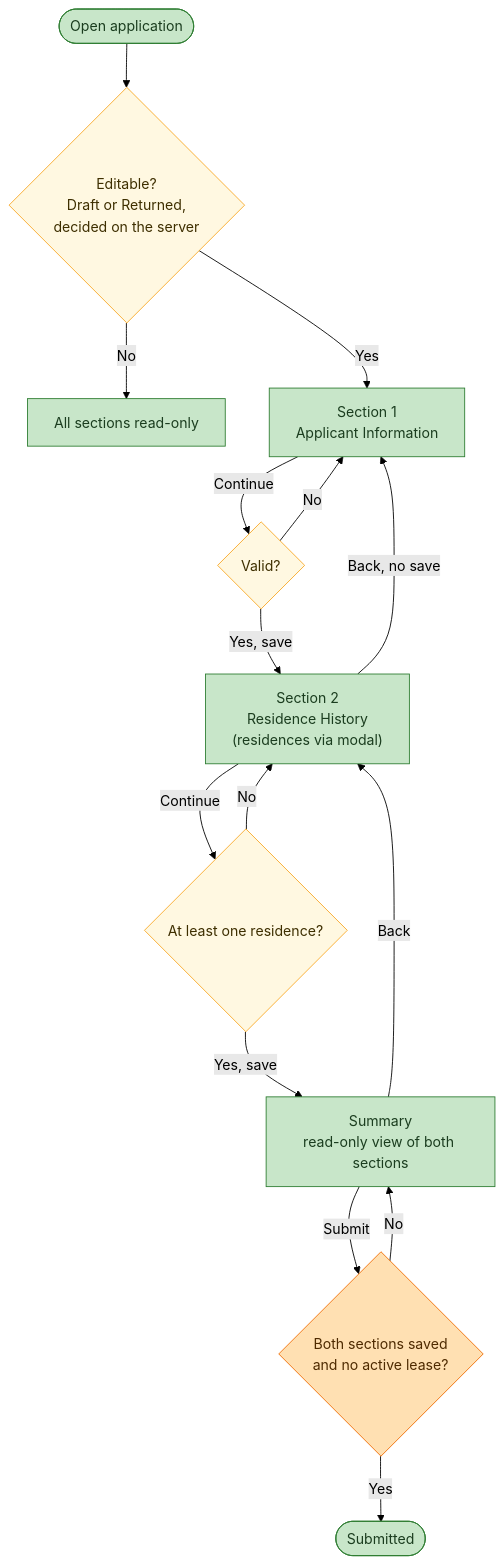
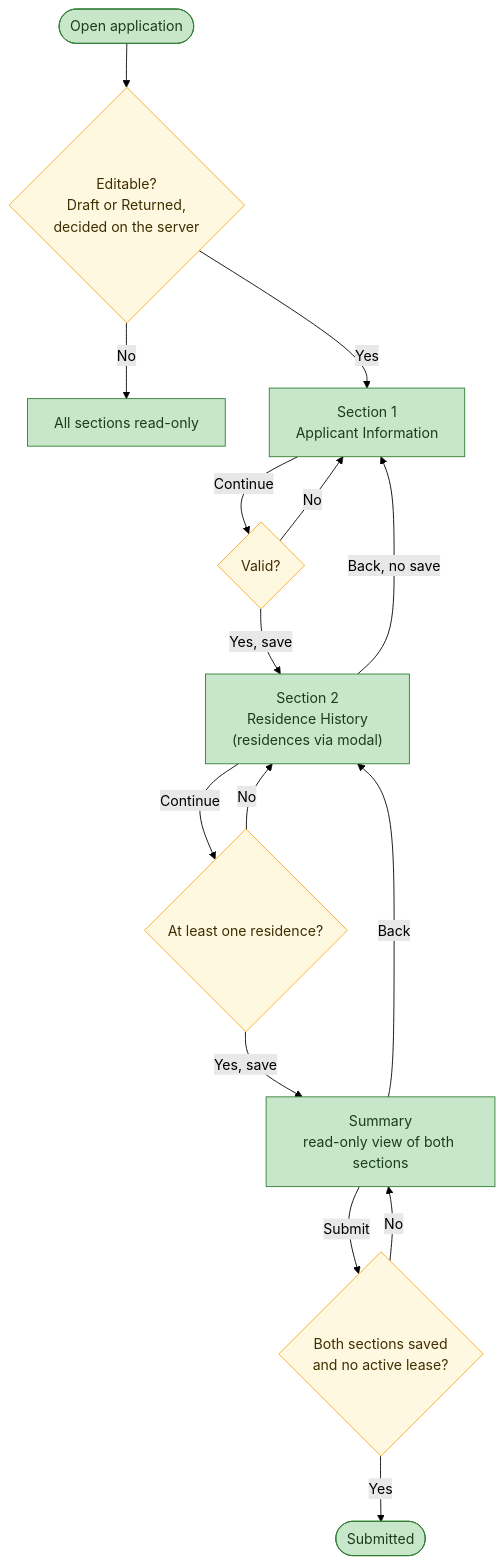
One commit to breps83/troy-rentalportal changed the fifth of 7 diagrams in docs/diagrams.md. Above: the diagram before and after it, drawn with Mermaid (forest theme). The commit also changed other lines of this file and 6 other files, not shown here.

````diff
--- a/docs/diagrams.md
+++ b/docs/diagrams.md
@@ -266,24 +264,24 @@
 ```mermaid
 flowchart TD
     classDef done fill:#c8e6c9,stroke:#2e7d32,color:#1b3d1f
     classDef partial fill:#ffe0b2,stroke:#ef6c00,color:#4e2a00
     classDef decision fill:#fff8e1,stroke:#f9a825,color:#3e2f00
 
     Open(["Open application"]):::done --> Editable{"Editable?<br/>Draft or Returned,<br/>decided on the server"}:::decision
     Editable -- No --> ReadOnly["All sections read-only"]:::done
     Editable -- Yes --> S1["Section 1<br/>Applicant Information"]:::done
 
     S1 -- Continue --> V1{"Valid?"}:::decision
     V1 -- No --> S1
     V1 -- Yes, save --> S2["Section 2<br/>Residence History<br/>(residences via modal)"]:::done
 
     S2 -- Back, no save --> S1
     S2 -- Continue --> V2{"At least one residence?"}:::decision
     V2 -- No --> S2
     V2 -- Yes, save --> Sum["Summary<br/>read-only view of both sections"]:::done
 
     Sum -- Back --> S2
-    Sum -- Submit --> V3{"Both sections saved<br/>and no active lease?"}:::partial
+    Sum -- Submit --> V3{"Both sections saved<br/>and no active lease?"}:::decision
     V3 -- No --> Sum
     V3 -- Yes --> Done(["Submitted"]):::done
 ```
````
